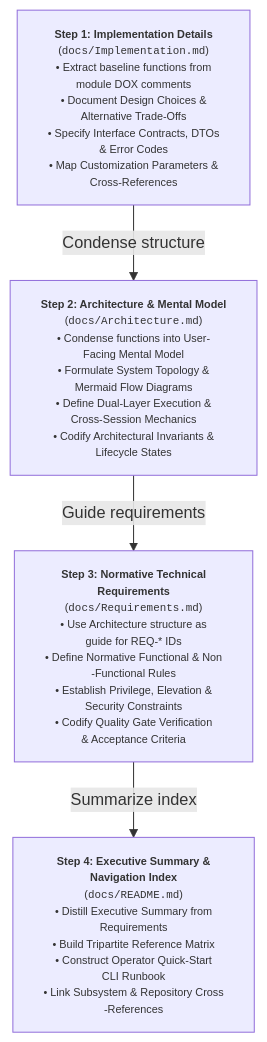
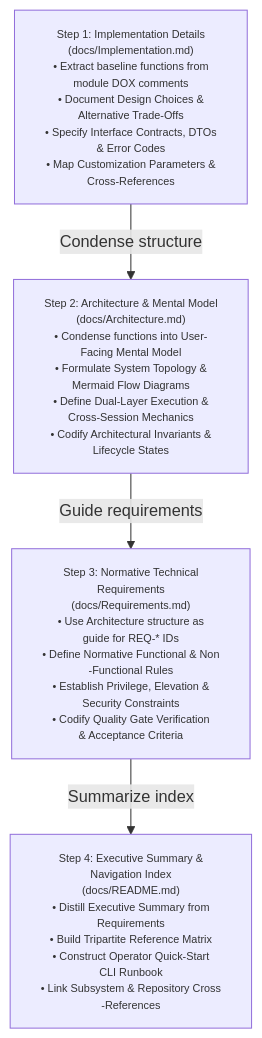
Before and after one commit to rgbigel/Workspace_AI: the sixth of 7 diagrams in docs/Architecture.md, drawn with Mermaid. The commit also changed other lines of this file and 12 other files, not shown here.

Commit message:
docs: align tripartite specifications, Mermaid diagrams, and tool help flags to LCM Baseline v7.0.0

````diff
--- a/docs/Architecture.md
+++ b/docs/Architecture.md
@@ -250,16 +262,17 @@
 ```mermaid
 graph TD
     classDef default font-size:8pt;
-    Step1["<b>Step 1: Implementation Details</b><br/>(<code>docs/Implementation.md</code>)<br/>• Extract baseline functions from<br/>module DOX comments<br/>• Document Design Choices &<br/>Alternative Trade-Offs<br/>• Specify Interface Contracts, DTOs<br/>& Error Codes<br/>• Map Customization Parameters &<br/>Cross-References"]
+    Step1["Step 1: Implementation Details<br/>(docs/Implementation.md)<br/>• Extract baseline functions from<br/>module DOX comments<br/>• Document Design Choices &<br/>Alternative Trade-Offs<br/>• Specify Interface Contracts, DTOs<br/>& Error Codes<br/>• Map Customization Parameters &<br/>Cross-References"]
     
-    Step2["<b>Step 2: Architecture & Mental Model</b><br/>(<code>docs/Architecture.md</code>)<br/>• Condense functions into User-<br/>Facing Mental Model<br/>• Formulate System Topology &<br/>Mermaid Flow Diagrams<br/>• Define Dual-Layer Execution &<br/>Cross-Session Mechanics<br/>• Codify Architectural Invariants &<br/>Lifecycle States"]
+    Step2["Step 2: Architecture & Mental Model<br/>(docs/Architecture.md)<br/>• Condense functions into User-<br/>Facing Mental Model<br/>• Formulate System Topology &<br/>Mermaid Flow Diagrams<br/>• Define Dual-Layer Execution &<br/>Cross-Session Mechanics<br/>• Codify Architectural Invariants &<br/>Lifecycle States"]
     
-    Step3["<b>Step 3: Normative Technical<br/>Requirements</b><br/>(<code>docs/Requirements.md</code>)<br/>• Use Architecture structure as<br/>guide for REQ-* IDs<br/>• Define Normative Functional & Non<br/>-Functional Rules<br/>• Establish Privilege, Elevation &<br/>Security Constraints<br/>• Codify Quality Gate Verification<br/>& Acceptance Criteria"]
+    Step3["Step 3: Normative Technical<br/>Requirements<br/>(docs/Requirements.md)<br/>• Use Architecture structure as<br/>guide for REQ-* IDs<br/>• Define Normative Functional & Non<br/>-Functional Rules<br/>• Establish Privilege, Elevation &<br/>Security Constraints<br/>• Codify Quality Gate Verification<br/>& Acceptance Criteria"]
     
-    Step4["<b>Step 4: Executive Summary &<br/>Navigation Index</b><br/>(<code>docs/README.md</code>)<br/>• Distill Executive Summary from<br/>Requirements<br/>• Build Tripartite Reference Matrix<br/>• Construct Operator Quick-Start<br/>CLI Runbook<br/>• Link Subsystem & Repository Cross<br/>-References"]
+    Step4["Step 4: Executive Summary &<br/>Navigation Index<br/>(docs/README.md)<br/>• Distill Executive Summary from<br/>Requirements<br/>• Build Tripartite Reference Matrix<br/>• Construct Operator Quick-Start<br/>CLI Runbook<br/>• Link Subsystem & Repository Cross<br/>-References"]
 
     Step1 -->|"Condense structure"| Step2
     Step2 -->|"Guide requirements"| Step3
     Step3 -->|"Summarize index"| Step4
 
+
 ```
````
